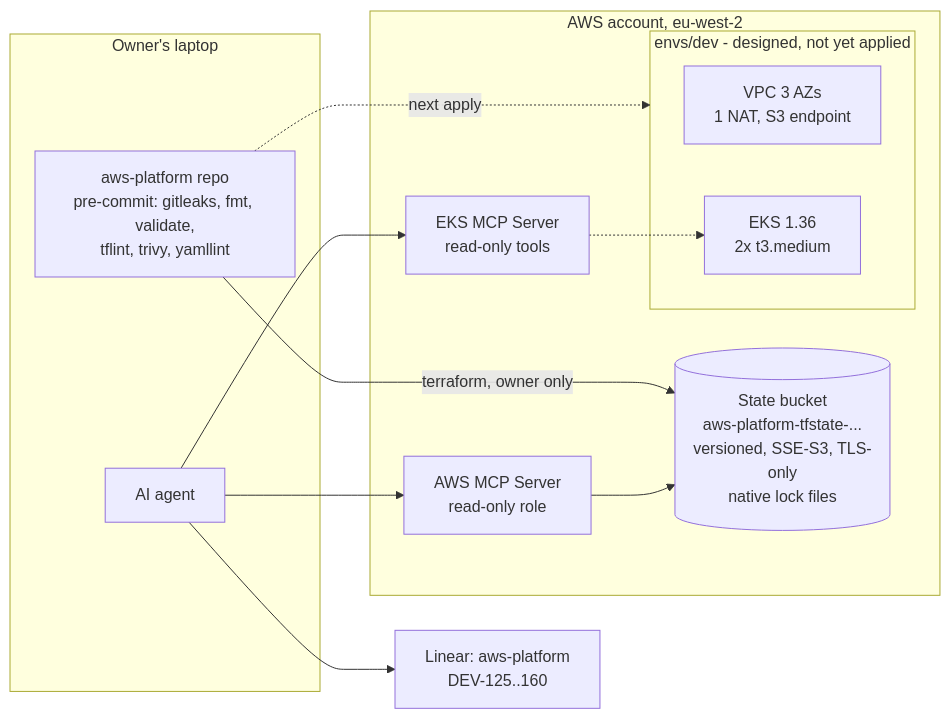
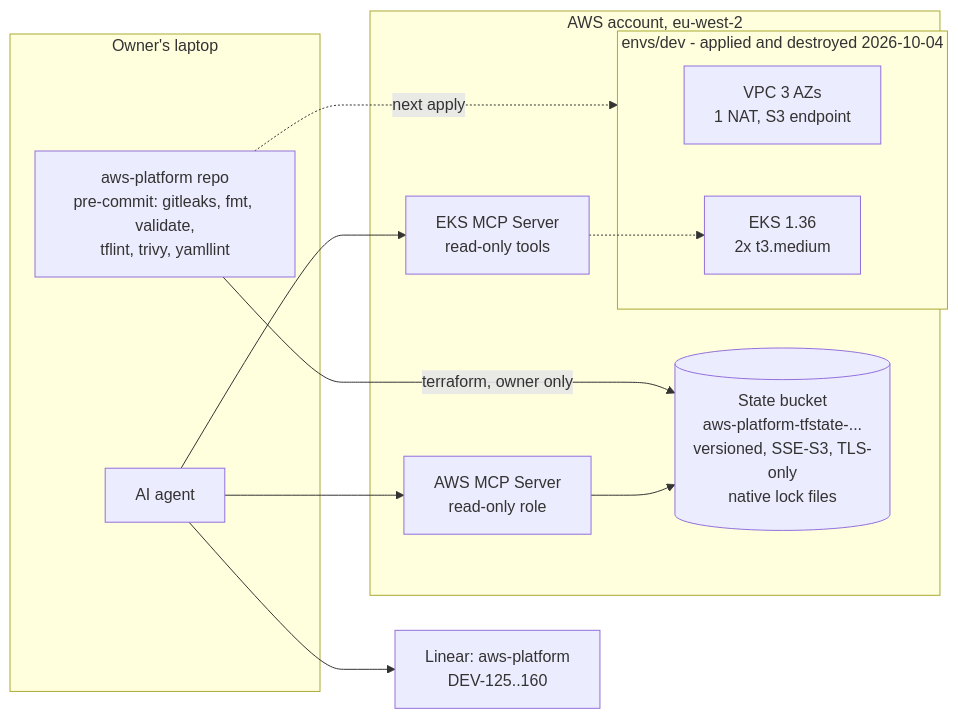
The diagram in docs/journal/03-terraform-foundation.md (crypticseeds/aws-platform), drawn with Mermaid before and after one commit. The commit also changed other lines of this file and 2 other files, not shown here.

````diff
--- a/docs/journal/03-terraform-foundation.md
+++ b/docs/journal/03-terraform-foundation.md
@@ -28,22 +28,22 @@
 ```mermaid
 flowchart LR
     subgraph local[Owner's laptop]
         repo[aws-platform repo<br/>pre-commit: gitleaks, fmt, validate,<br/>tflint, trivy, yamllint]
         agent[AI agent]
     end
     subgraph aws[AWS account, eu-west-2]
         bucket[(State bucket<br/>aws-platform-tfstate-...<br/>versioned, SSE-S3, TLS-only<br/>native lock files)]
-        subgraph devvpc[envs/dev - designed, not yet applied]
+        subgraph devvpc[envs/dev - applied and destroyed 2026-10-04]
             vpc[VPC 3 AZs<br/>1 NAT, S3 endpoint]
             eks[EKS 1.36<br/>2x t3.medium]
         end
         awsmcp[AWS MCP Server<br/>read-only role]
         eksmcp[EKS MCP Server<br/>read-only tools]
     end
     linear[Linear: aws-platform<br/>DEV-125..160]
     repo -->|terraform, owner only| bucket
     repo -.->|next apply| devvpc
     agent --> awsmcp --> bucket
     agent --> eksmcp -.-> eks
     agent --> linear
 ```
````
